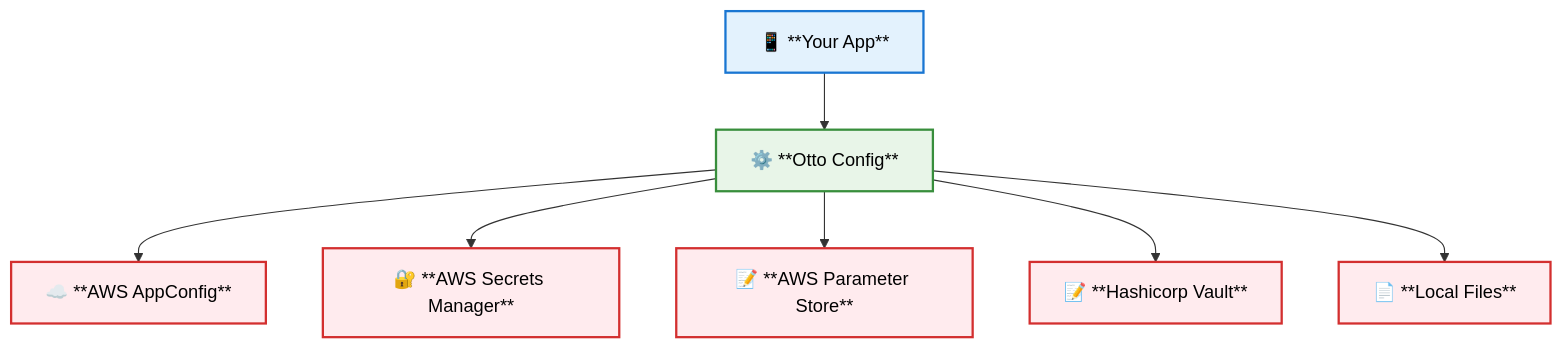
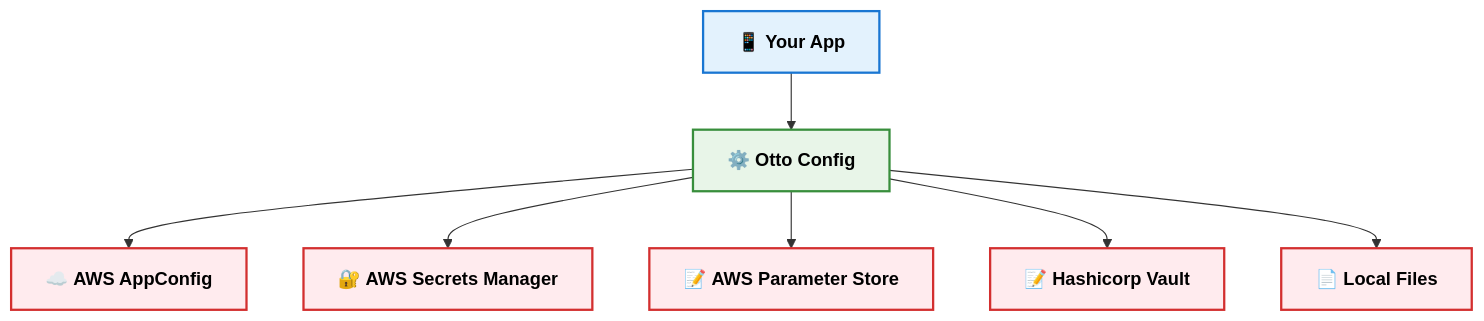
Before and after one commit to otto-de/otto-config: the first of 3 diagrams in README.md, drawn with Mermaid.

Commit message:
fix mermaid architecture labels

````diff
--- a/README.md
+++ b/README.md
@@ -415,17 +415,17 @@
 ```mermaid
 flowchart TD
-  A[📱 **Your App**] --> B[⚙️ **Otto Config**]
-  B --> C[☁️ **AWS AppConfig**]
-  B --> D[🔐 **AWS Secrets Manager**] 
-  B --> E[📝 **AWS Parameter Store**]
-  B --> F[📝 **Hashicorp Vault**]
-  B --> G[📄 **Local Files**]
+  A[📱 <b>Your App</b>] --> B[⚙️ <b>Otto Config</b>]
+  B --> C[☁️ <b>AWS AppConfig</b>]
+  B --> D[🔐 <b>AWS Secrets Manager</b>] 
+  B --> E[📝 <b>AWS Parameter Store</b>]
+  B --> F[📝 <b>Hashicorp Vault</b>]
+  B --> G[📄 <b>Local Files</b>]
 
   classDef appStyle fill:#e3f2fd,stroke:#1976d2,stroke-width:2px,color:#000
   classDef ottoConfigStyle fill:#e8f5e8,stroke:#388e3c,stroke-width:2px,color:#000
   classDef awsStyle fill:#ffebee,stroke:#d32f2f,stroke-width:2px,color:#000
 
   class A appStyle
   class B ottoConfigStyle
   class C,D,E,F,G awsStyle
 ```
````
